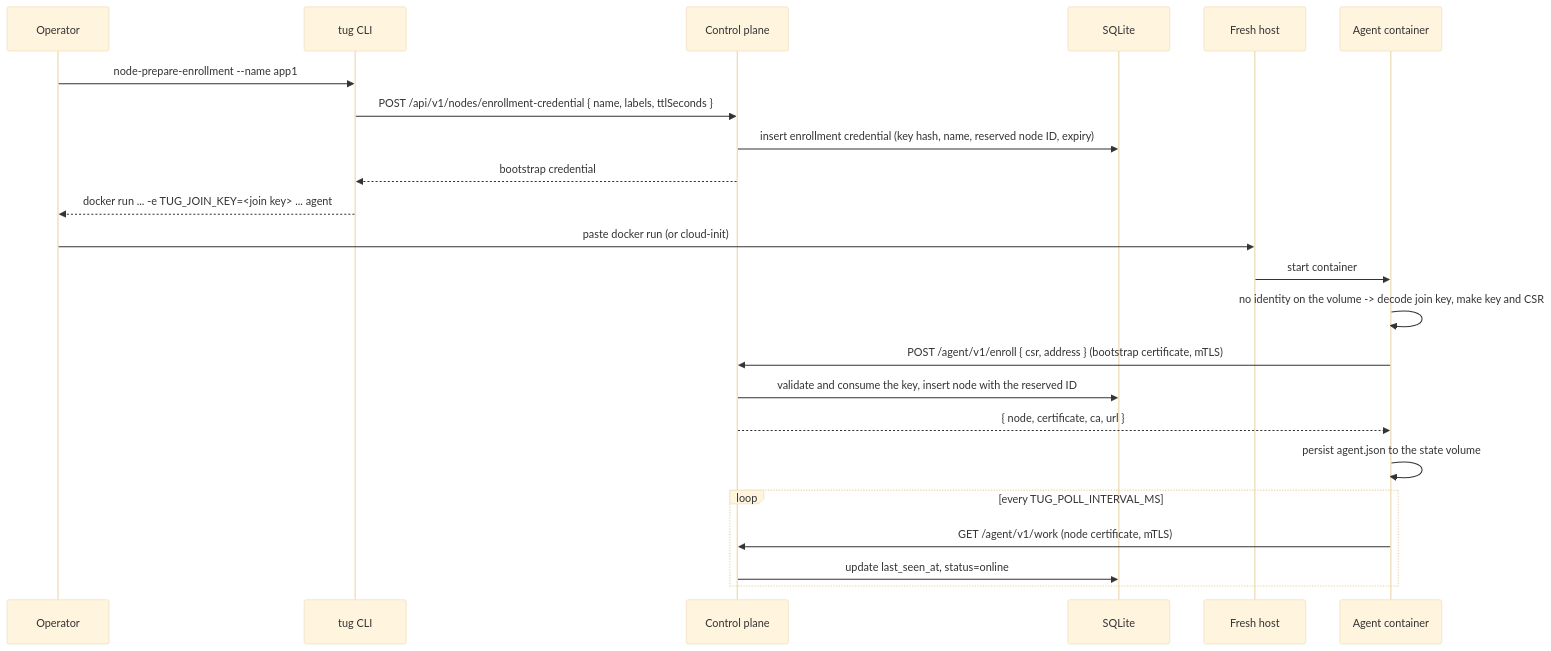
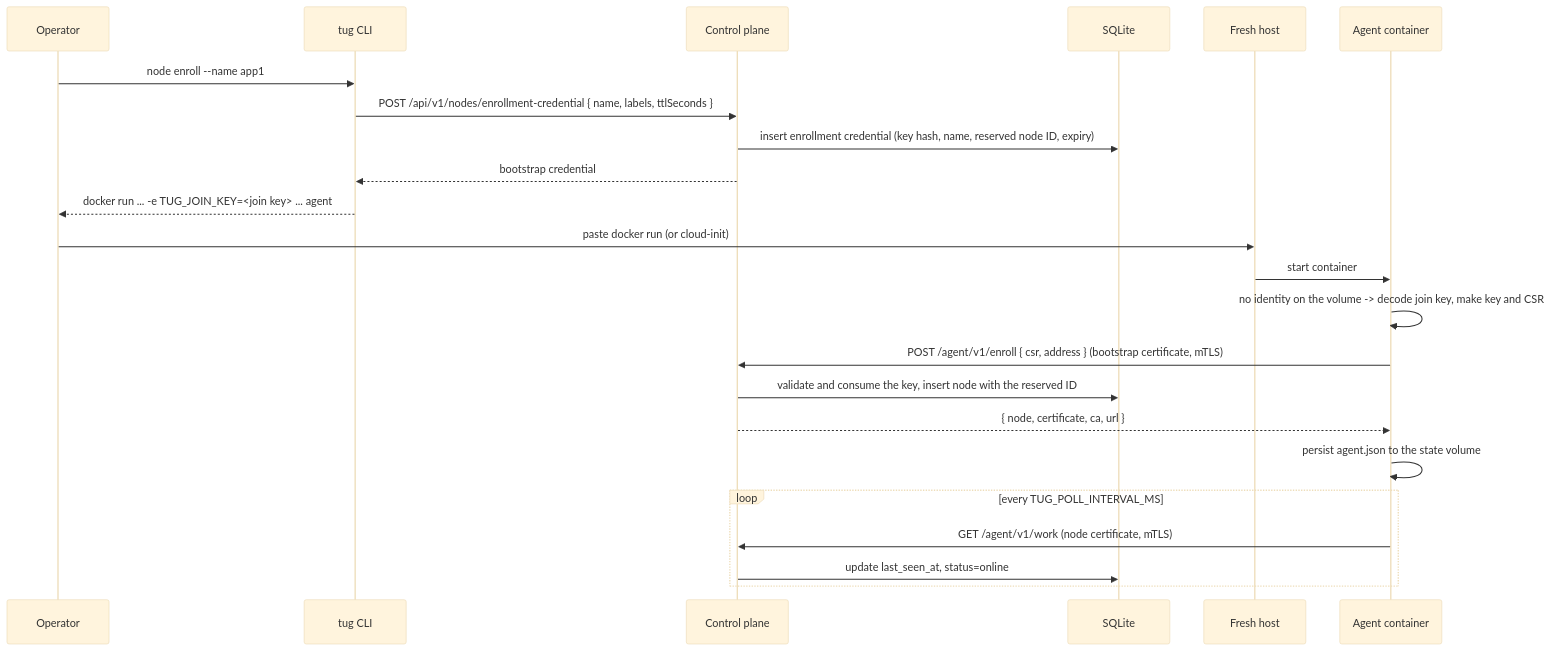
The second of 5 diagrams in docs/architecture.md (wpelevator/tug), drawn with Mermaid (base theme) before and after one commit. The commit also changed other lines of this file and 60 other files, not shown here.

Commit message:
Group the CLI as tug <subject> <verb>, add tug setup and node onboarding

````diff
--- a/docs/architecture.md
+++ b/docs/architecture.md
@@ -95,26 +95,26 @@
 ```mermaid
 sequenceDiagram
     participant Op as Operator
     participant CLI as tug CLI
     participant Ctrl as Control plane
     participant DB as SQLite
     participant Host as Fresh host
     participant Agent as Agent container
 
-    Op->>CLI: node-prepare-enrollment --name app1
+    Op->>CLI: node enroll --name app1
     CLI->>Ctrl: POST /api/v1/nodes/enrollment-credential { name, labels, ttlSeconds }
     Ctrl->>DB: insert enrollment credential (key hash, name, reserved node ID, expiry)
     Ctrl-->>CLI: bootstrap credential
     CLI-->>Op: docker run ... -e TUG_JOIN_KEY=<join key> ... agent
     Op->>Host: paste docker run (or cloud-init)
     Host->>Agent: start container
     Agent->>Agent: no identity on the volume -> decode join key, make key and CSR
     Agent->>Ctrl: POST /agent/v1/enroll { csr, address } (bootstrap certificate, mTLS)
     Ctrl->>DB: validate and consume the key, insert node with the reserved ID
     Ctrl-->>Agent: { node, certificate, ca, url }
     Agent->>Agent: persist agent.json to the state volume
     loop every TUG_POLL_INTERVAL_MS
         Agent->>Ctrl: GET /agent/v1/work (node certificate, mTLS)
         Ctrl->>DB: update last_seen_at, status=online
     end
 ```
````
